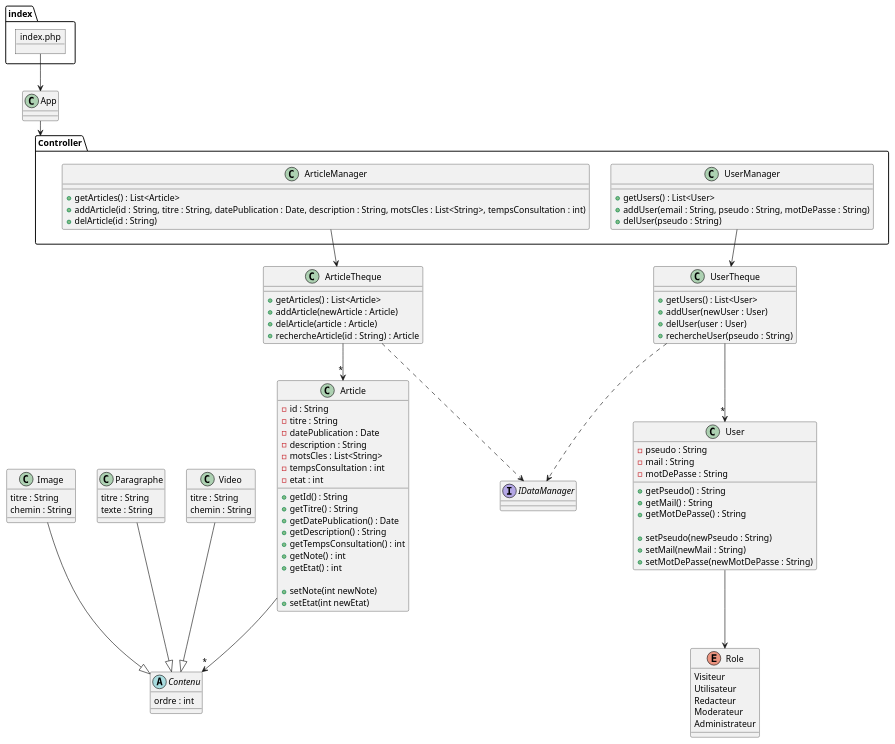
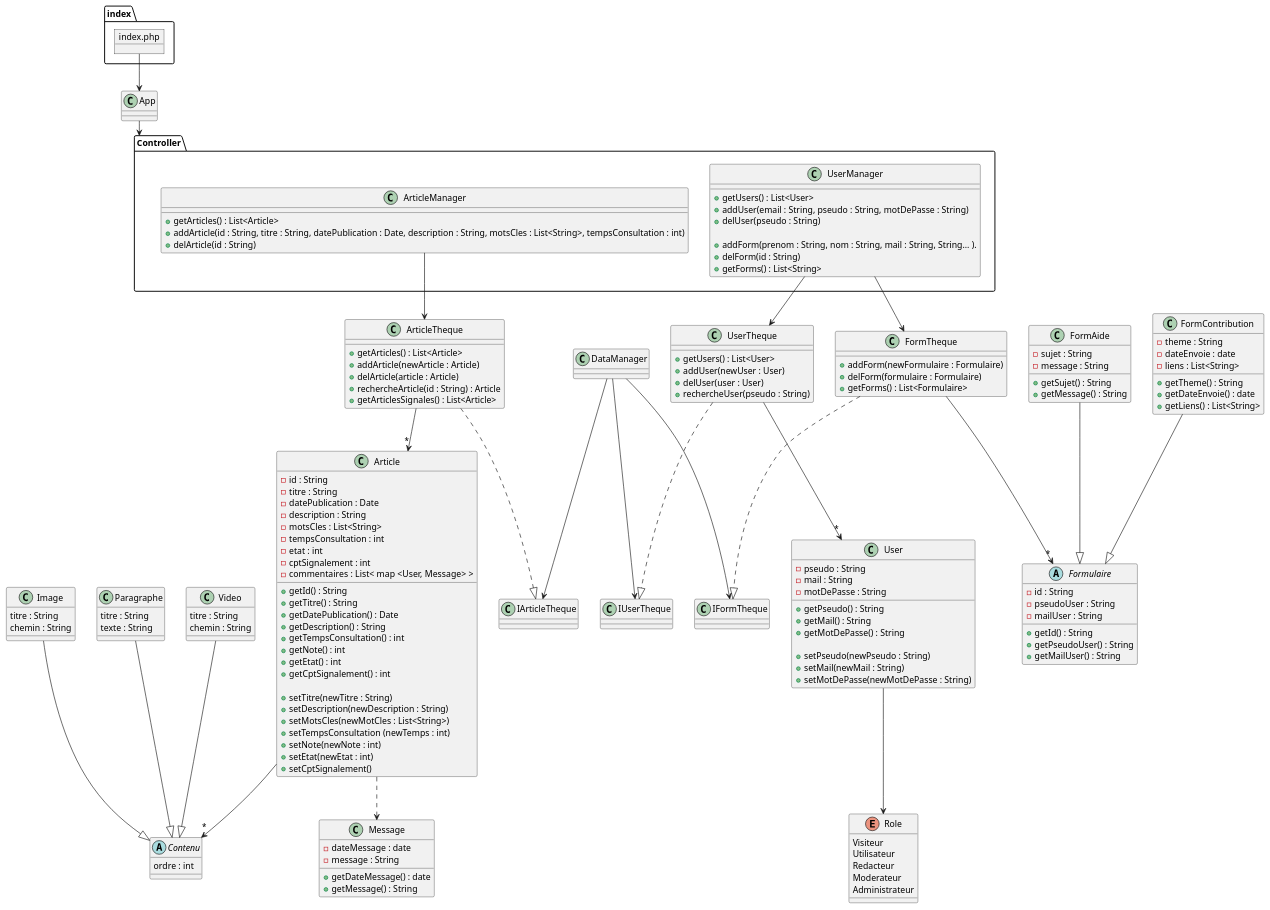
The diagram in Diagramme/diagrammeClasse.md (tonyfgs/Verax), drawn with PlantUML before and after one commit. The commit also changed 2 other files, not shown here.

Commit message:
modification des diagrammes, diagramme de classe bien avancé (presque fini)

```diff
--- a/Diagramme/diagrammeClasse.md
+++ b/Diagramme/diagrammeClasse.md
@@ -19,6 +19,10 @@
         + getUsers() : List<User>
         + addUser(email : String, pseudo : String, motDePasse : String)
         + delUser(pseudo : String)
+
+        + addForm(prenom : String, nom : String, mail : String, String... ).
+        + delForm(id : String)
+        + getForms() : List<String>
     }
 }
 
@@ -28,6 +32,7 @@
     + addArticle(newArticle : Article)
     + delArticle(article : Article)
     + rechercheArticle(id : String) : Article
+    + getArticlesSignales() : List<Article>
 }
 class Article{
     - id : String
@@ -37,6 +42,8 @@
     - motsCles : List<String>
     - tempsConsultation : int
     - etat : int
+    - cptSignalement : int
+    - commentaires : List< map <User, Message> > 
 
     + getId() : String
     + getTitre() : String
@@ -45,9 +52,15 @@
     + getTempsConsultation() : int
     + getNote() : int
     + getEtat() : int
+    + getCptSignalement() : int
 
-    + setNote(int newNote)
-    + setEtat(int newEtat)
+    + setTitre(newTitre : String)
+    + setDescription(newDescription : String)
+    + setMotsCles(newMotCles : List<String>)
+    + setTempsConsultation (newTemps : int)
+    + setNote(newNote : int)
+    + setEtat(newEtat : int)
+    + setCptSignalement()
 }
 abstract Contenu{
     ordre : int
@@ -63,6 +76,14 @@
 class Video{
     titre : String
     chemin : String
+}
+
+class Message{
+    - dateMessage : date
+    - message : String
+
+    + getDateMessage() : date
+    + getMessage() : String
 }
 
 class UserTheque{
@@ -93,7 +114,38 @@
     Administrateur
 }
 
-interface IDataManager{}
+class FormTheque{
+    + addForm(newFormulaire : Formulaire)
+    + delForm(formulaire : Formulaire)
+    + getForms() : List<Formulaire>
+}
+abstract Formulaire{
+    - id : String
+    - pseudoUser : String
+    - mailUser : String
+
+    + getId() : String
+    + getPseudoUser() : String
+    + getMailUser() : String
+}
+class FormAide{
+    - sujet : String
+    - message : String
+
+    + getSujet() : String
+    + getMessage() : String
+}
+class FormContribution{
+    - theme : String
+    - dateEnvoie : date
+    - liens : List<String> 
+
+    + getTheme() : String
+    + getDateEnvoie() : date
+    + getLiens() : List<String>
+}
+
+class DataManager{}
 
 index.php --> App
 App --> Controller
@@ -104,13 +156,25 @@
 Image --|> Contenu
 Paragraphe --|> Contenu
 Video --|> Contenu
+Article ..> Message
 
 UserManager --> UserTheque
 UserTheque --> "*" User
 User --> Role
 
-ArticleTheque ..> IDataManager
-UserTheque ..> IDataManager
+UserManager --> FormTheque
+FormTheque --> "*" Formulaire
+FormAide --|> Formulaire
+FormContribution --|> Formulaire
+
+
+ArticleTheque ..|> IArticleTheque
+UserTheque ..|> IUserTheque
+FormTheque ..|> IFormTheque
+DataManager --> IArticleTheque
+DataManager --> IUserTheque
+DataManager --> IFormTheque
+
 
 @enduml
 
```
